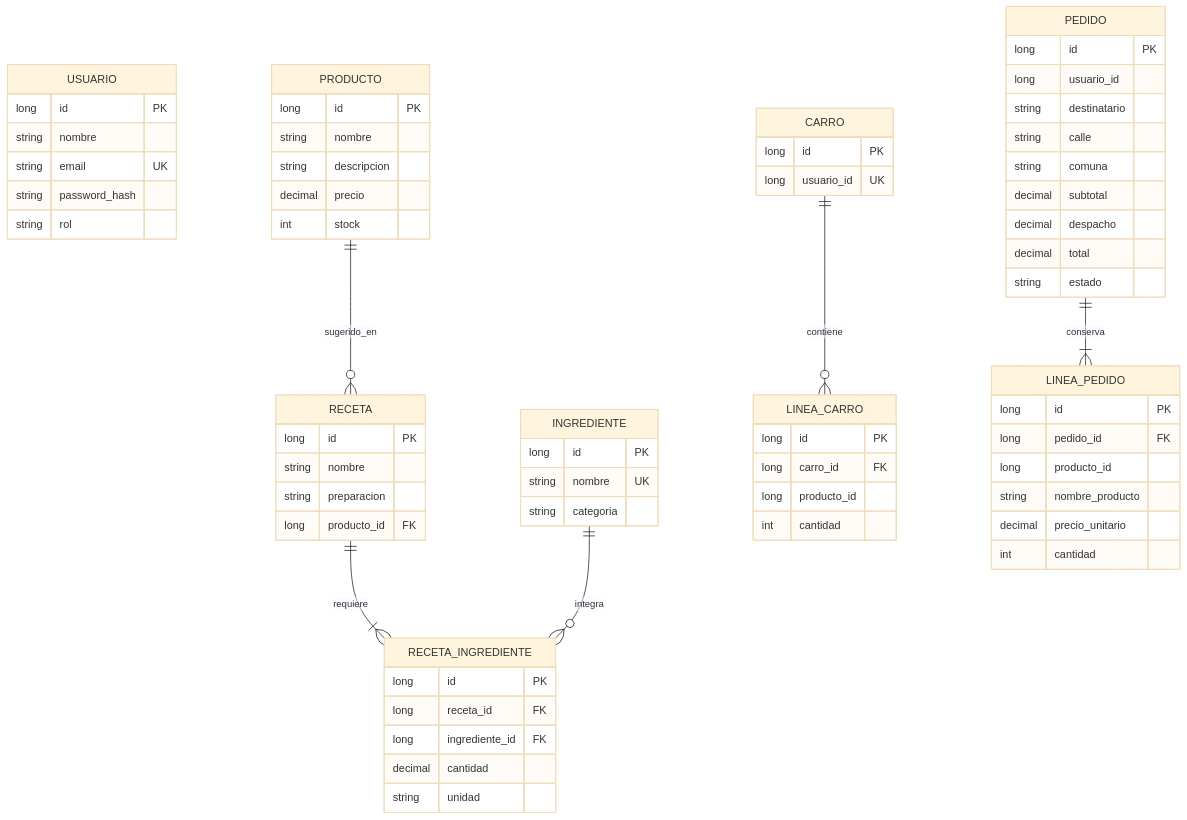
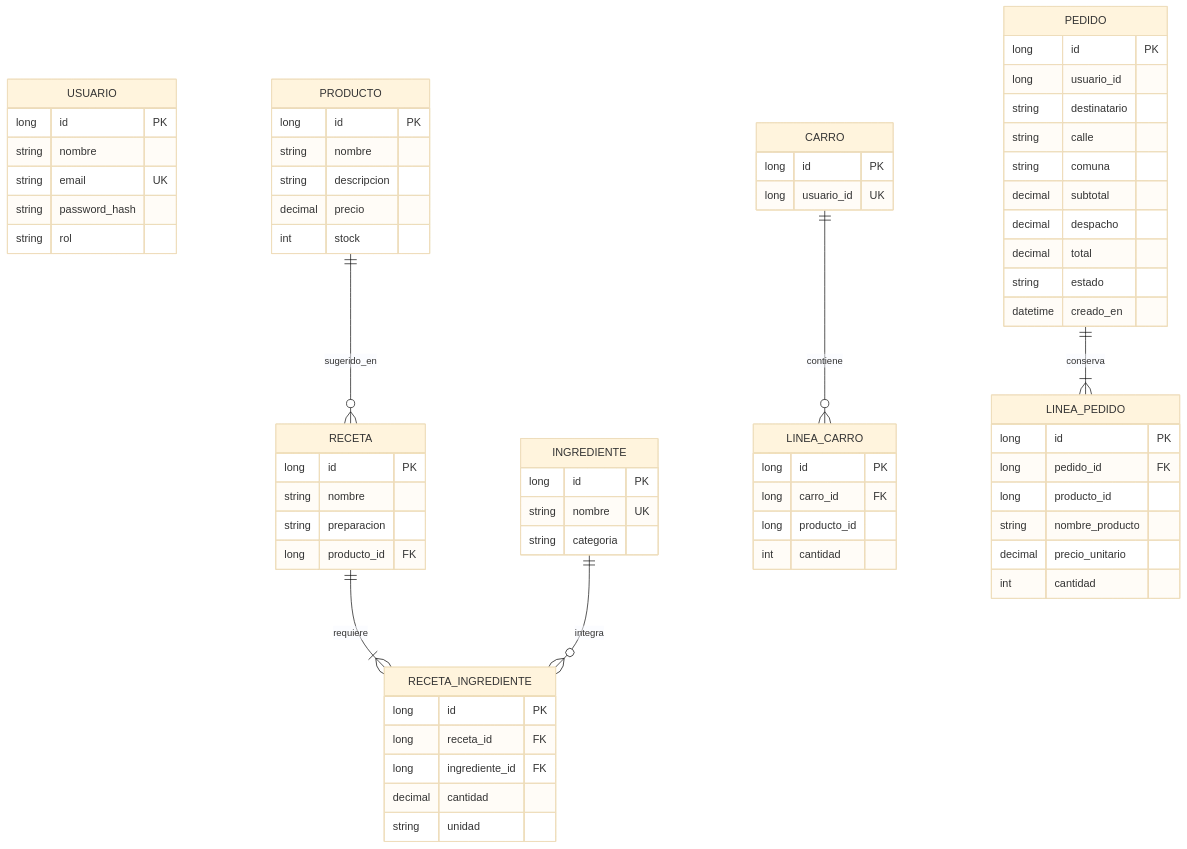
The diagram in docs/modelo-datos.md (Rabit21/Our_Sour_CF), drawn with Mermaid (base theme) before and after one commit. The commit also changed other lines of this file and 38 other files, not shown here.

````diff
--- a/docs/modelo-datos.md
+++ b/docs/modelo-datos.md
@@ -17,69 +17,70 @@
 ```mermaid
 erDiagram
     USUARIO {
         long id PK
         string nombre
         string email UK
         string password_hash
         string rol
     }
     INGREDIENTE {
         long id PK
         string nombre UK
         string categoria
     }
     PRODUCTO {
         long id PK
         string nombre
         string descripcion
         decimal precio
         int stock
     }
     RECETA {
         long id PK
         string nombre
         string preparacion
         long producto_id FK
     }
     RECETA_INGREDIENTE {
         long id PK
         long receta_id FK
         long ingrediente_id FK
         decimal cantidad
         string unidad
     }
     CARRO {
         long id PK
         long usuario_id UK
     }
     LINEA_CARRO {
         long id PK
         long carro_id FK
         long producto_id
         int cantidad
     }
     PEDIDO {
         long id PK
         long usuario_id
         string destinatario
         string calle
         string comuna
         decimal subtotal
         decimal despacho
         decimal total
         string estado
+        datetime creado_en
     }
     LINEA_PEDIDO {
         long id PK
         long pedido_id FK
         long producto_id
         string nombre_producto
         decimal precio_unitario
         int cantidad
     }
     RECETA ||--|{ RECETA_INGREDIENTE : requiere
     INGREDIENTE ||--o{ RECETA_INGREDIENTE : integra
     PRODUCTO ||--o{ RECETA : sugerido_en
     CARRO ||--o{ LINEA_CARRO : contiene
     PEDIDO ||--|{ LINEA_PEDIDO : conserva
 ```
````
